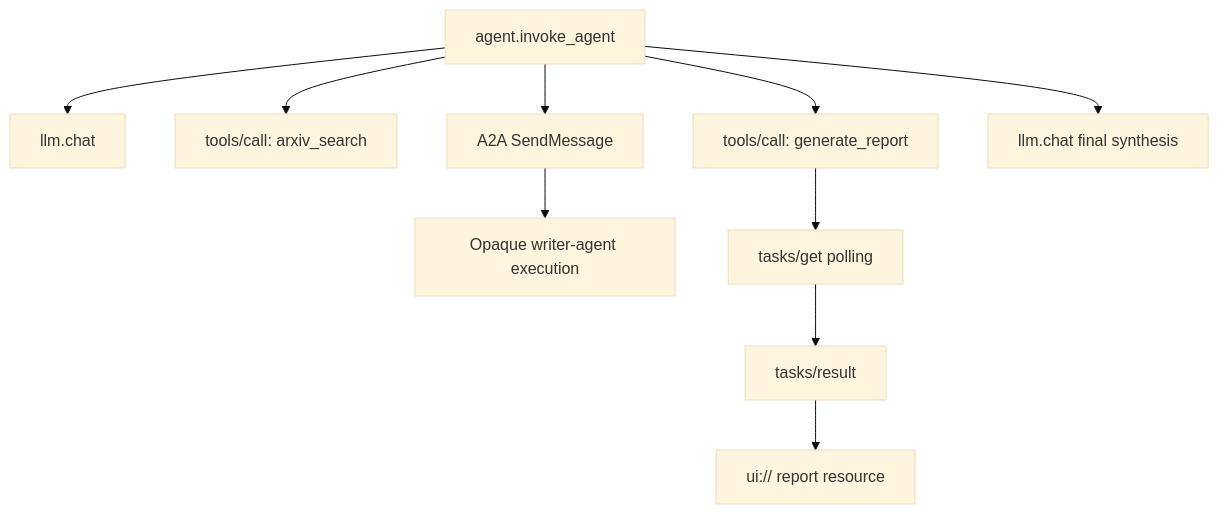
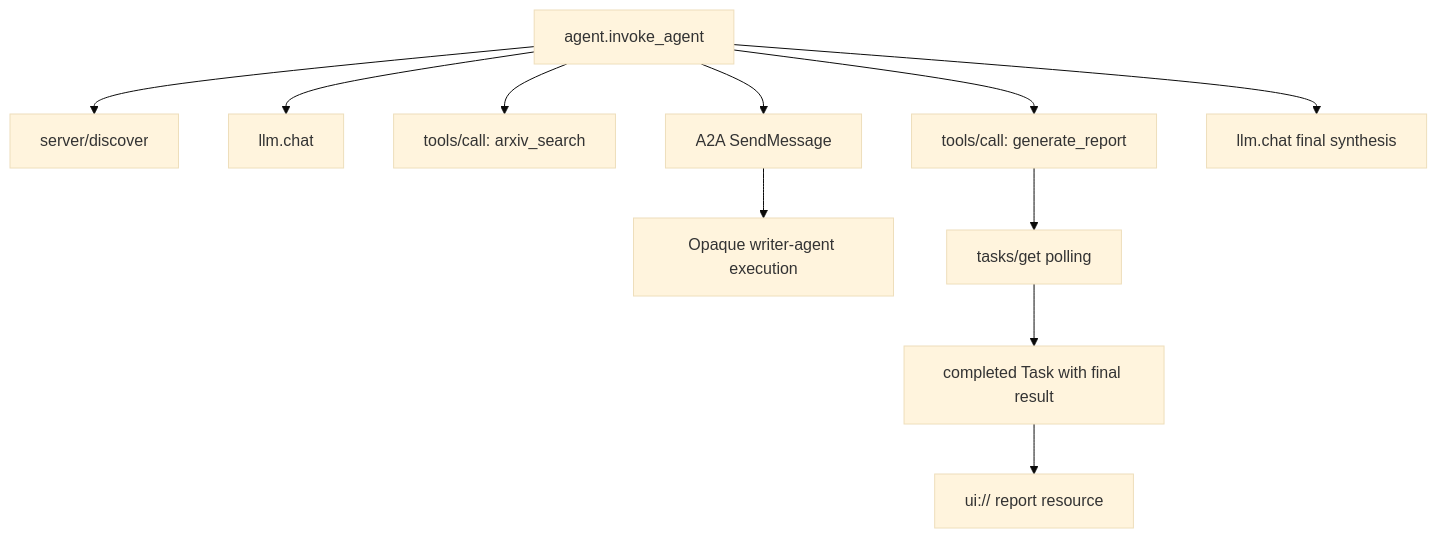
Before and after one commit to josh6011/ai-engineering: the second of 3 diagrams in phases/13-tools-and-protocols/23-capstone-tool-ecosystem/docs/en.md, drawn with Mermaid (base theme). The commit also changed other lines of this file and 5 other files, not shown here.

````diff
--- a/phases/13-tools-and-protocols/23-capstone-tool-ecosystem/docs/en.md
+++ b/phases/13-tools-and-protocols/23-capstone-tool-ecosystem/docs/en.md
@@ -59,12 +62,13 @@
 ```mermaid
 flowchart TD
-  I[agent.invoke_agent] --> L1[llm.chat]
+  I[agent.invoke_agent] --> SD[server/discover]
+  I --> L1[llm.chat]
   I --> S[tools/call: arxiv_search]
   I --> D[A2A SendMessage]
   D --> X[Opaque writer-agent execution]
   I --> G[tools/call: generate_report]
   G --> K[tasks/get polling]
-  K --> V[tasks/result]
+  K --> V[completed Task with final result]
   V --> UI[ui:// report resource]
   I --> L2[llm.chat final synthesis]
 ```
````
